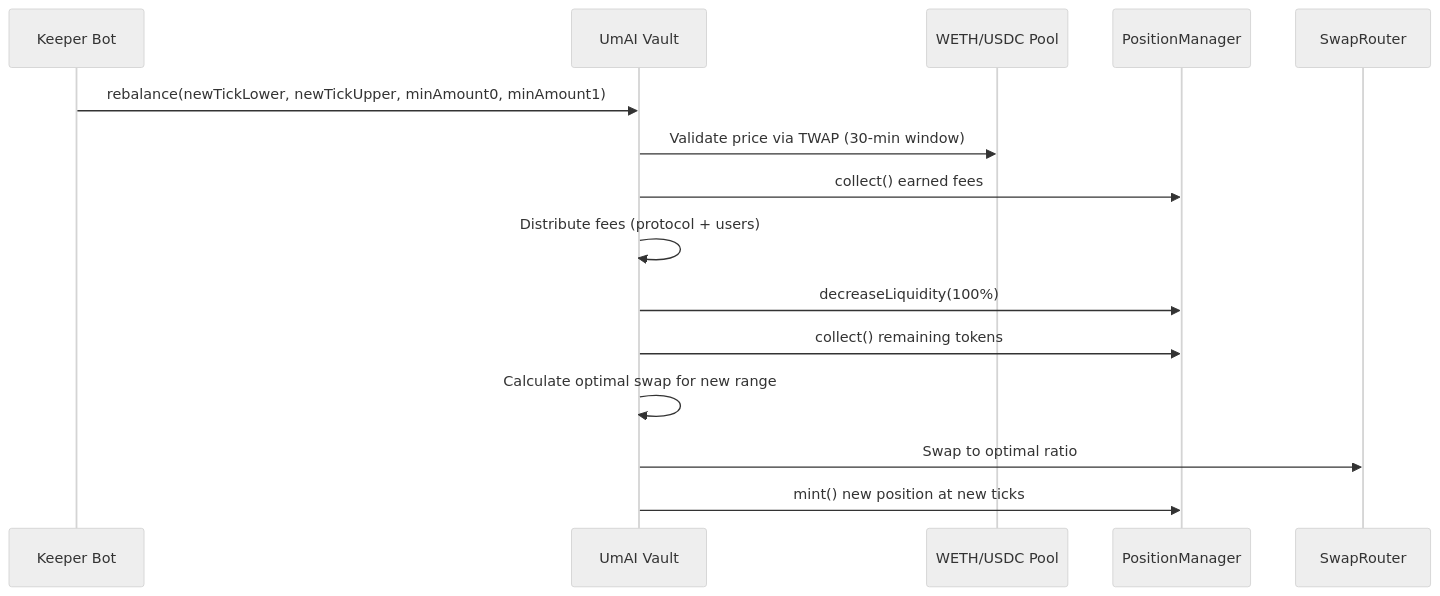
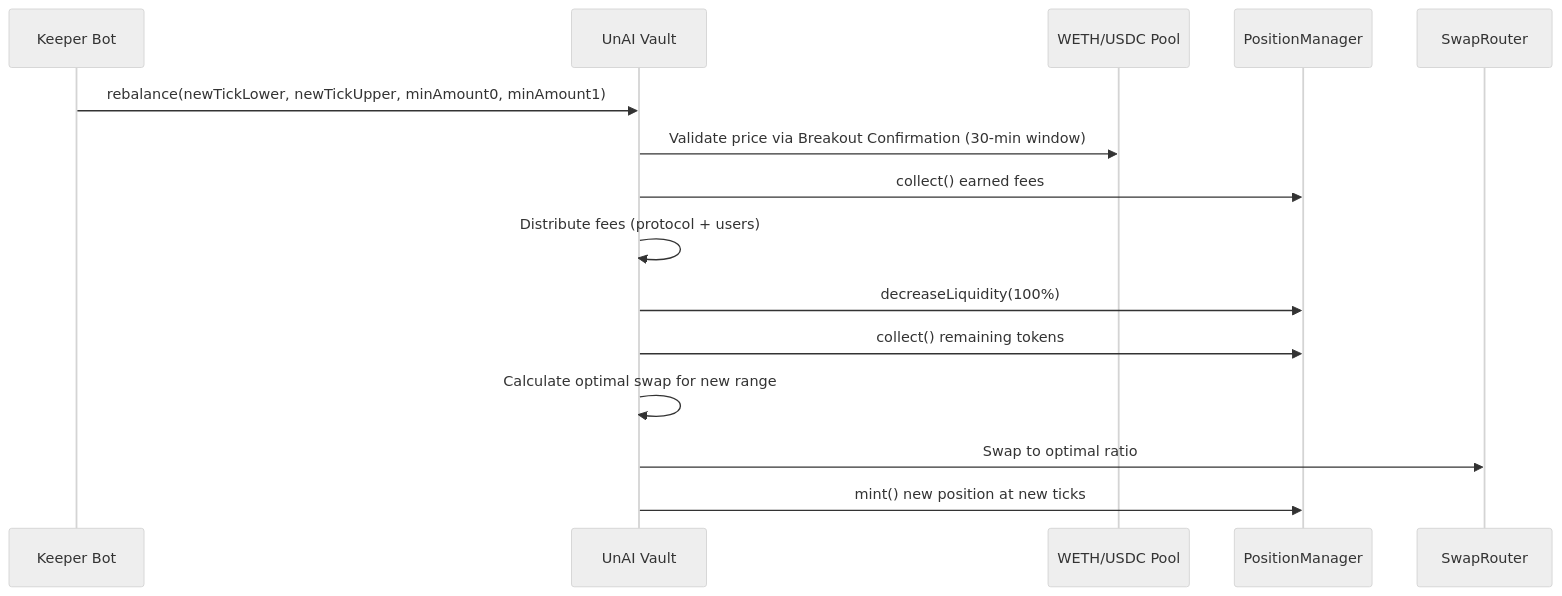
The fifth of 5 diagrams in architecture/overview.md (systemtest1227-cpu/umai-docs), drawn with Mermaid (neutral theme) before and after one commit. The commit also changed other lines of this file and 13 other files, not shown here.

````diff
--- a/architecture/overview.md
+++ b/architecture/overview.md
@@ -173,18 +173,18 @@
 ```mermaid
 sequenceDiagram
     participant Bot as Keeper Bot
-    participant Vault as UmAI Vault
+    participant Vault as UnAI Vault
     participant Pool as WETH/USDC Pool
     participant NPM as PositionManager
     participant Router as SwapRouter
 
     Bot->>Vault: rebalance(newTickLower, newTickUpper, minAmount0, minAmount1)
-    Vault->>Pool: Validate price via TWAP (30-min window)
+    Vault->>Pool: Validate price via Breakout Confirmation (30-min window)
     Vault->>NPM: collect() earned fees
     Vault->>Vault: Distribute fees (protocol + users)
     Vault->>NPM: decreaseLiquidity(100%)
     Vault->>NPM: collect() remaining tokens
     Vault->>Vault: Calculate optimal swap for new range
     Vault->>Router: Swap to optimal ratio
     Vault->>NPM: mint() new position at new ticks
 ```
````
